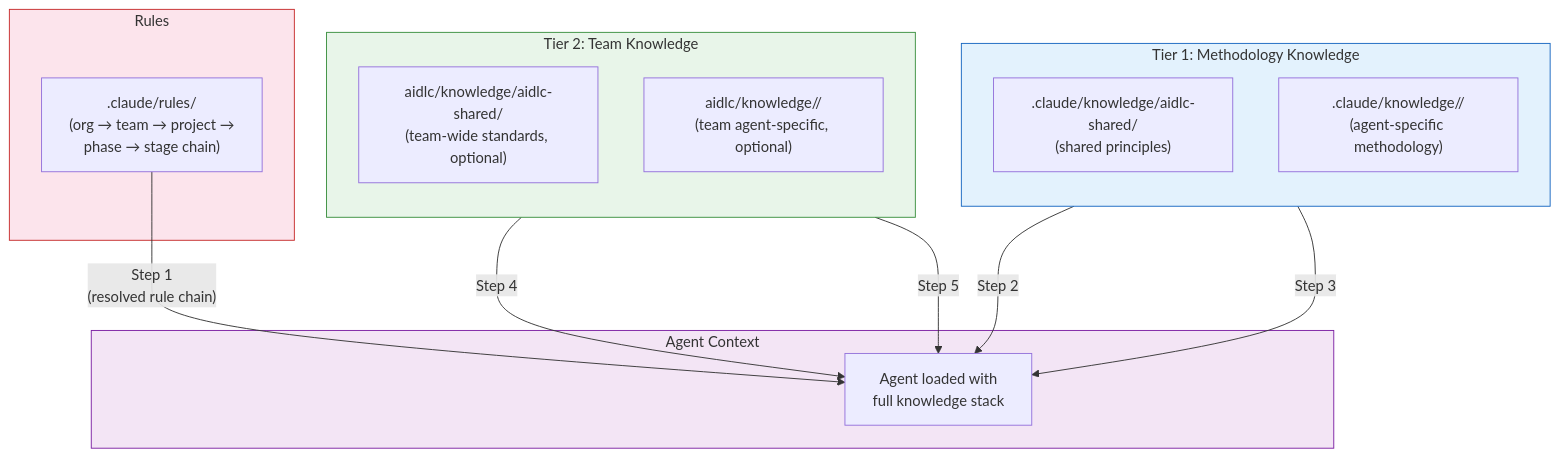
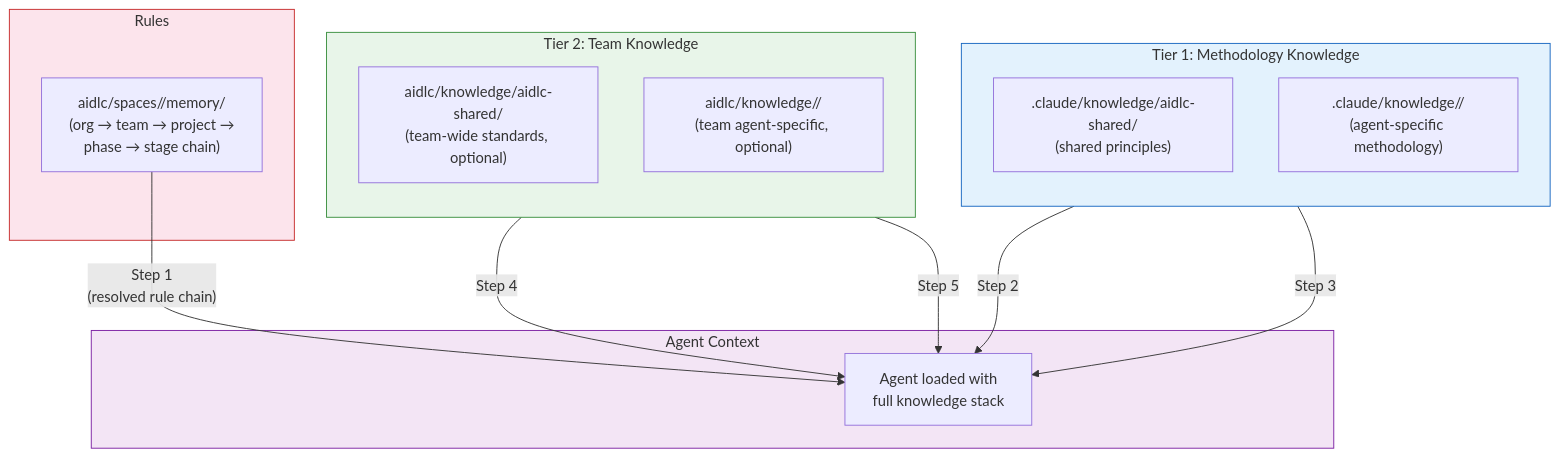
One commit to awslabs/aidlc-workflows changed the first of 2 diagrams in docs/guide/07-knowledge.md. Above: the diagram before and after it, drawn with Mermaid. The commit also changed other lines of this file and 169 other files, not shown here.

````diff
--- a/docs/guide/07-knowledge.md
+++ b/docs/guide/07-knowledge.md
@@ -9,33 +9,33 @@
 ```mermaid
 flowchart TD
     subgraph TIER1["Tier 1: Methodology Knowledge"]
         direction TB
         MK_SHARED[".claude/knowledge/aidlc-shared/\n(shared principles)"]
         MK_AGENT[".claude/knowledge/<agent>/\n(agent-specific methodology)"]
     end
 
     subgraph TIER2["Tier 2: Team Knowledge"]
         direction TB
         TK_SHARED["aidlc/knowledge/aidlc-shared/\n(team-wide standards, optional)"]
         TK_AGENT["aidlc/knowledge/<agent>/\n(team agent-specific, optional)"]
     end
 
     subgraph RULES["Rules"]
-        GR[".claude/rules/\n(org → team → project →\nphase → stage chain)"]
+        GR["aidlc/spaces/<space>/memory/\n(org → team → project →\nphase → stage chain)"]
     end
 
     subgraph CONTEXT["Agent Context"]
         AC["Agent loaded with\nfull knowledge stack"]
     end
 
     GR -->|"Step 1\n(resolved rule chain)"| AC
     MK_SHARED -->|"Step 2"| AC
     MK_AGENT -->|"Step 3"| AC
     TK_SHARED -->|"Step 4"| AC
     TK_AGENT -->|"Step 5"| AC
 
     style TIER1 fill:#e3f2fd,stroke:#1565c0
     style TIER2 fill:#e8f5e9,stroke:#388e3c
     style RULES fill:#fce4ec,stroke:#c62828
     style CONTEXT fill:#f3e5f5,stroke:#7b1fa2
 ```
````
